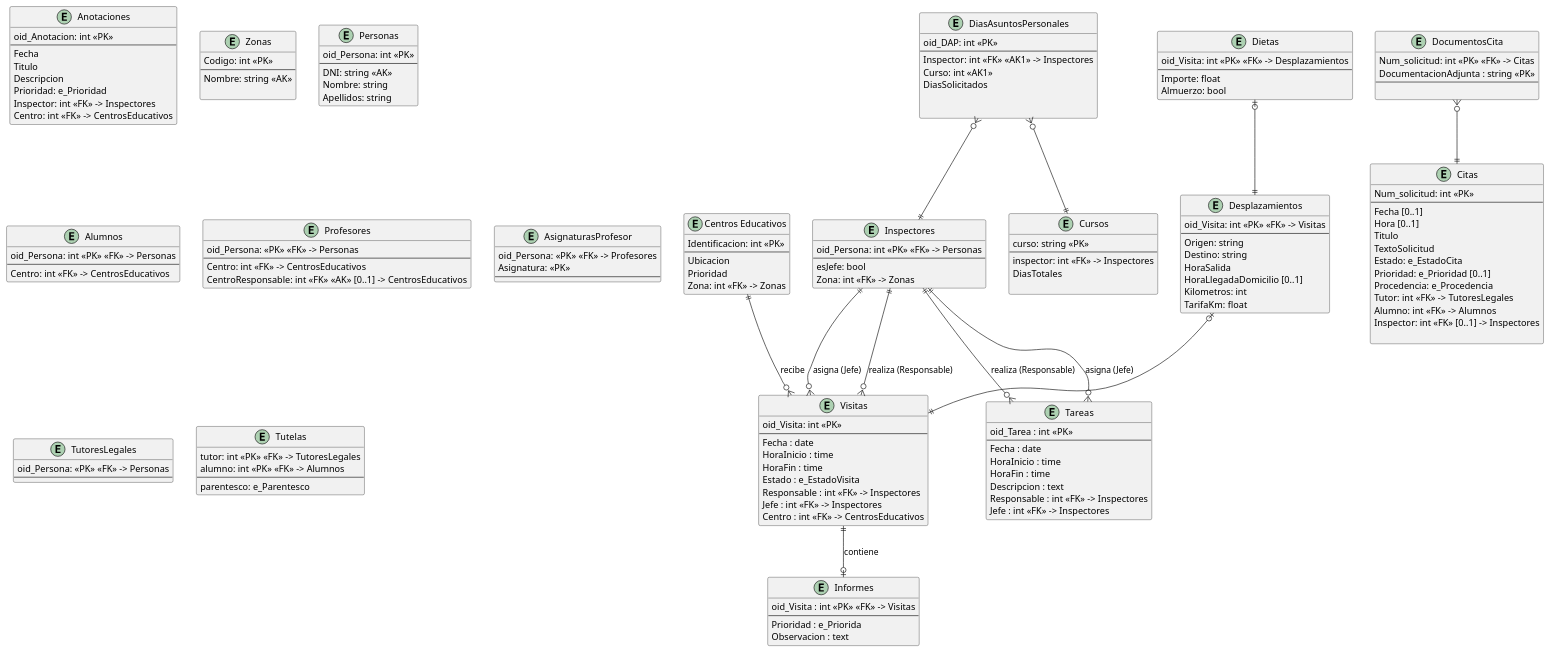
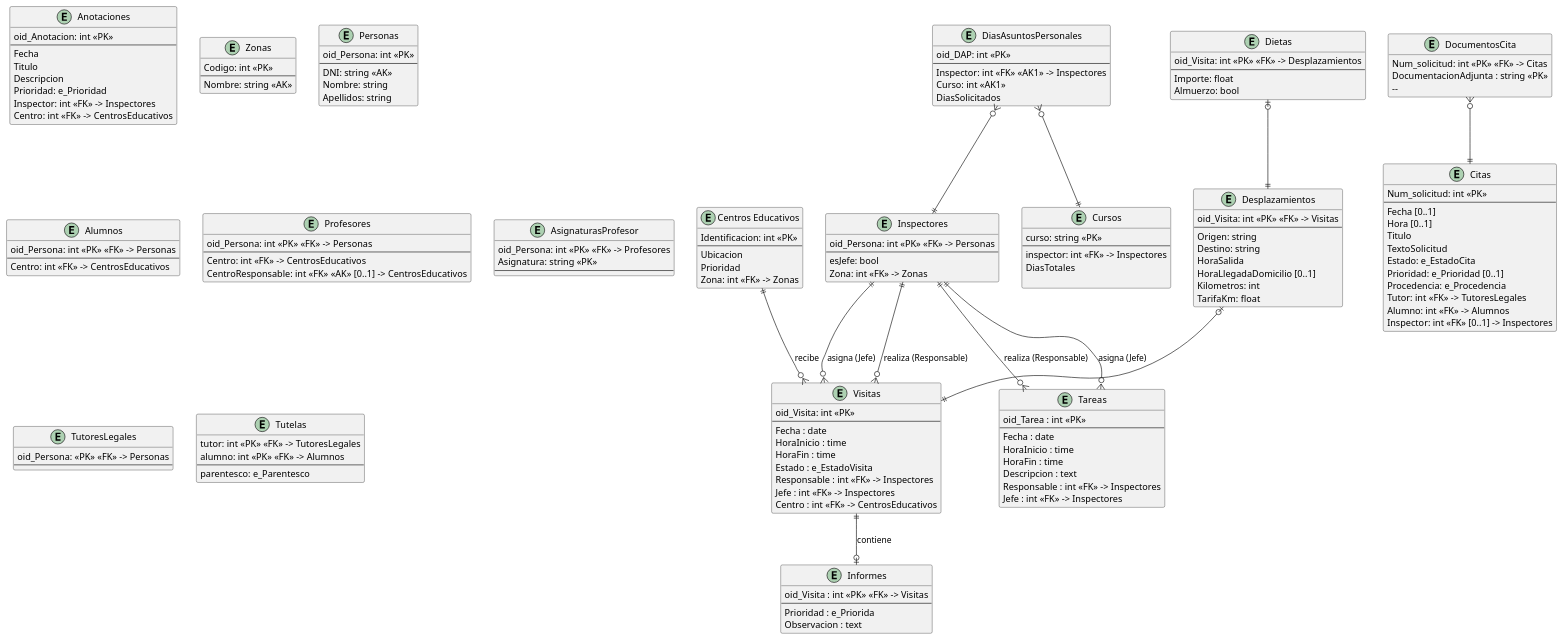
Before and after one commit to lorenzomaranon/ProyectoBD_Inspeccion_Educativa: the diagram in modelado/modelado_relacional.puml, drawn with PlantUML.

Commit message:
Añade tipos entidades profesores y asignaturasprofesores

```diff
--- a/modelado/modelado_relacional.puml
+++ b/modelado/modelado_relacional.puml
@@ -1,191 +1,178 @@
 @startuml modelado_relacional
 hide methods
 skinparam ClassAttributeIconSize 0
 
 
 entity "Centros Educativos" as CentrosEducativos {
     Identificacion: int <<PK>>
     --
     Ubicacion
     Prioridad
     Zona: int <<FK>> -> Zonas
 }
 
-
 entity DocumentosCita {
     Num_solicitud: int <<PK>> <<FK>> -> Citas
     DocumentacionAdjunta : string <<PK>>
-    --
-     
+    --   
 }
+
 entity Citas {
     Num_solicitud: int <<PK>> 
     --
     Fecha [0..1]
     Hora [0..1]
     Titulo
     TextoSolicitud
     Estado: e_EstadoCita
     Prioridad: e_Prioridad [0..1]
     Procedencia: e_Procedencia
     Tutor: int <<FK>> -> TutoresLegales
     Alumno: int <<FK>> -> Alumnos
     Inspector: int <<FK>> [0..1] -> Inspectores
-
 }
 
 entity Anotaciones {
     oid_Anotacion: int <<PK>>
     --
     Fecha
     Titulo
     Descripcion
     Prioridad: e_Prioridad
     Inspector: int <<FK>> -> Inspectores
     Centro: int <<FK>> -> CentrosEducativos
 }
-
-
 
 entity Visitas {
     oid_Visita: int <<PK>>
     --
     Fecha : date
     HoraInicio : time
     HoraFin : time
     Estado : e_EstadoVisita
     Responsable : int <<FK>> -> Inspectores
     Jefe : int <<FK>> -> Inspectores
     Centro : int <<FK>> -> CentrosEducativos
 }
 
 entity Informes {
     oid_Visita : int <<PK>> <<FK>> -> Visitas
     --
     Prioridad : e_Priorida
     Observacion : text
 }
 
 entity Tareas {
     oid_Tarea : int <<PK>>
     --
     Fecha : date
     HoraInicio : time
     HoraFin : time
     Descripcion : text
     Responsable : int <<FK>> -> Inspectores
     Jefe : int <<FK>> -> Inspectores
 }
 
-
-
 entity Zonas {
     Codigo: int <<PK>>
     --
     Nombre: string <<AK>>
-    
 }
 
 entity Personas {
     oid_Persona: int <<PK>>
     --
     DNI: string <<AK>>
     Nombre: string
     Apellidos: string
 }
 
 entity Inspectores {
     oid_Persona: int <<PK>> <<FK>> -> Personas
     --
     esJefe: bool
     Zona: int <<FK>> -> Zonas
 }
+
 entity Alumnos {
     oid_Persona: int <<PK>> <<FK>> -> Personas
     --
     Centro: int <<FK>> -> CentrosEducativos
 }
 
 entity Profesores {
-    oid_Persona: <<PK>> <<FK>> -> Personas
+    oid_Persona: int <<PK>> <<FK>> -> Personas
     --
     Centro: int <<FK>> -> CentrosEducativos
     CentroResponsable: int <<FK>> <<AK>> [0..1] -> CentrosEducativos
 }
 
 entity AsignaturasProfesor {
-    oid_Persona: <<PK>> <<FK>> -> Profesores
-    Asignatura: <<PK>>
+    oid_Persona: int <<PK>> <<FK>> -> Profesores
+    Asignatura: string <<PK>>
     --
 }
 
 entity TutoresLegales {
     oid_Persona: <<PK>> <<FK>> -> Personas
     --
 }
 
 entity Tutelas {
     tutor: int <<PK>> <<FK>> -> TutoresLegales
     alumno: int <<PK>> <<FK>> -> Alumnos
     --
     parentesco: e_Parentesco
 }
 
 Inspectores ||--o{ Visitas : realiza (Responsable)
 Inspectores ||--o{ Visitas : asigna (Jefe)
 Inspectores ||--o{ Tareas : realiza (Responsable)
 Inspectores ||--o{ Tareas : asigna (Jefe)
 CentrosEducativos ||--o{ Visitas : recibe
 Visitas ||--o| Informes : contiene
 
-
 entity Desplazamientos {
     oid_Visita: int <<PK>> <<FK>> -> Visitas
     --
     Origen: string
     Destino: string
     HoraSalida
     HoraLlegadaDomicilio [0..1]
     Kilometros: int
     TarifaKm: float
 }
 
-
 entity Dietas {
     oid_Visita: int <<PK>> <<FK>> -> Desplazamientos
     --
     Importe: float
     Almuerzo: bool
 }
 
-
 Desplazamientos |o--||Visitas
 Dietas |o--||Desplazamientos
-
 
 entity DiasAsuntosPersonales {
     oid_DAP: int <<PK>>
     --
     Inspector: int <<FK>> <<AK1>> -> Inspectores
     Curso: int <<AK1>>
     DiasSolicitados
-    
-    
 }
-
 
 entity Cursos {
     curso: string <<PK>>
     --
     inspector: int <<FK>> -> Inspectores
     DiasTotales
 
 }
 
 DiasAsuntosPersonales }o--||Cursos
 DiasAsuntosPersonales }o--||Inspectores
 
 '------- ASOCIACIONES --------------------------------------
 DocumentosCita }o--|| Citas
 
 @enduml
```
